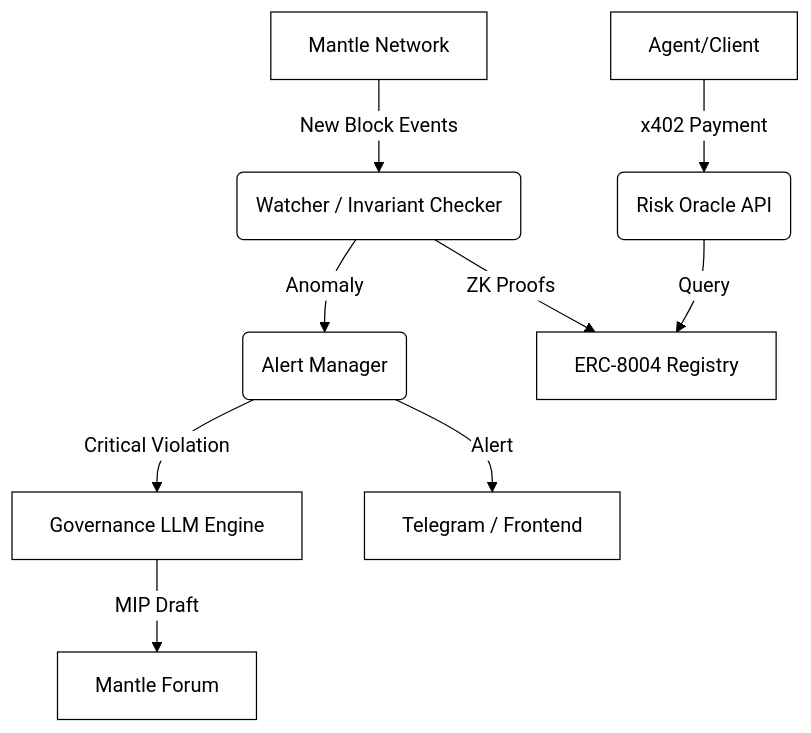
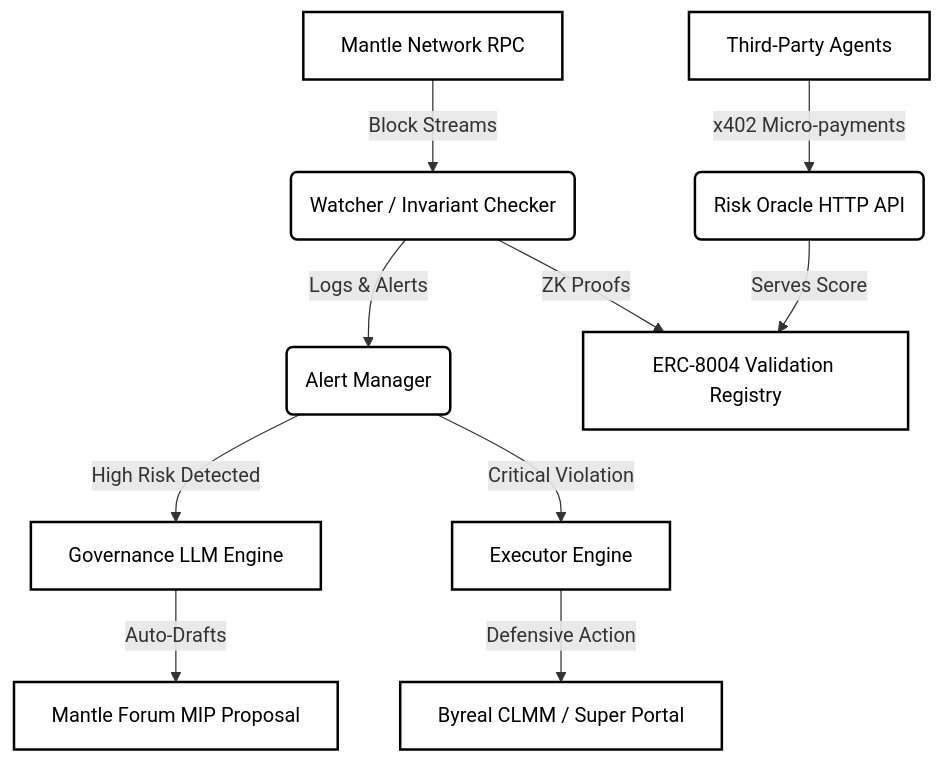
Before and after one commit to Lakshmikanth-3/mantle: the first of 2 diagrams in README.md, drawn with Mermaid. The commit also changed other lines of this file, not shown here.

````diff
--- a/README.md
+++ b/README.md
@@ -7,13 +11,20 @@
 ```mermaid
-%%{init: {'theme': 'base', 'themeVariables': { 'primaryColor': '#ffffff', 'primaryBorderColor': '#000000', 'primaryTextColor': '#000000', 'lineColor': '#000000', 'tertiaryColor': '#ffffff', 'secondaryColor': '#ffffff', 'mainBkg': '#ffffff'}}}%%
 graph TD
-    A[Mantle Network] -->|New Block Events| B(Watcher / Invariant Checker)
-    B -->|Anomaly| C(Alert Manager)
-    C -->|Critical Violation| D[Governance LLM Engine]
-    C -->|Alert| E[Telegram / Frontend]
-    D -->|MIP Draft| F[Mantle Forum]
+    classDef default fill:#ffffff,stroke:#000000,stroke-width:2px,color:#000000;
+    classDef highlight fill:#f9f9f9,stroke:#000000,stroke-width:2px,color:#000000;
+
+    A[Mantle Network RPC] -->|Block Streams| B(Watcher / Invariant Checker)
+    B -->|Logs & Alerts| C(Alert Manager)
     
-    B -->|ZK Proofs| G[ERC-8004 Registry]
-    H[Agent/Client] -->|x402 Payment| I(Risk Oracle API)
-    I -->|Query| G
+    C -->|High Risk Detected| D[Governance LLM Engine]
+    C -->|Critical Violation| E[Executor Engine]
+    
+    D -->|Auto-Drafts| F[Mantle Forum MIP Proposal]
+    E -->|Defensive Action| G[Byreal CLMM / Super Portal]
+    
+    B -->|ZK Proofs| H[ERC-8004 Validation Registry]
+    I[Third-Party Agents] -->|x402 Micro-payments| J(Risk Oracle HTTP API)
+    J -->|Serves Score| H
+    
+    class A,B,C,D,E,F,G,H,I,J default;
 ```
````
